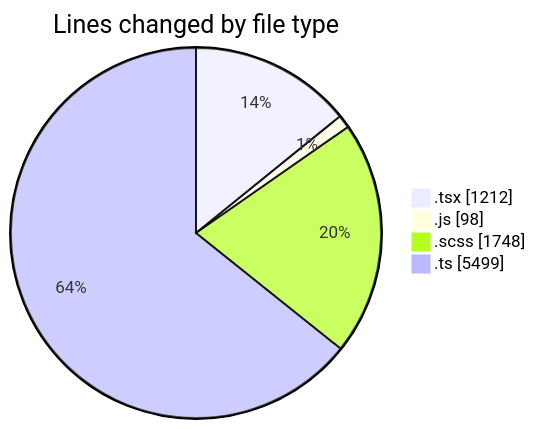
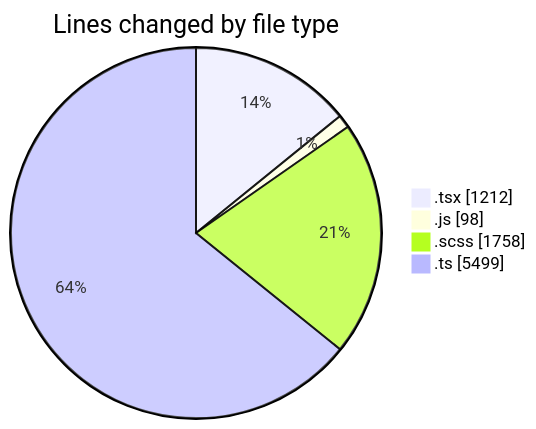
One commit to momahboobian/code-tracking changed the first of 2 diagrams in 2025-03-31/cda/README.md. Above: the diagram before and after it, drawn with Mermaid. The commit also changed other lines of this file and 1 other file, not shown here.

````diff
--- a/2025-03-31/cda/README.md
+++ b/2025-03-31/cda/README.md
@@ -39,8 +39,8 @@
 ```mermaid
 pie showData
 title Lines changed by file type
 ".tsx" : 1212
 ".js" : 98
-".scss" : 1748
+".scss" : 1758
 ".ts" : 5499
 ```
````
